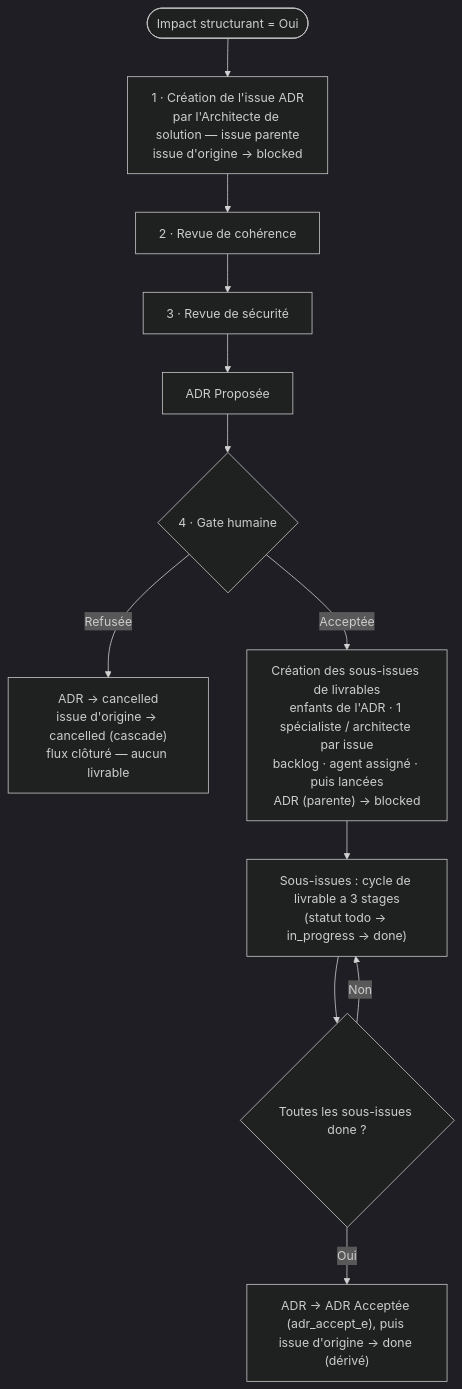
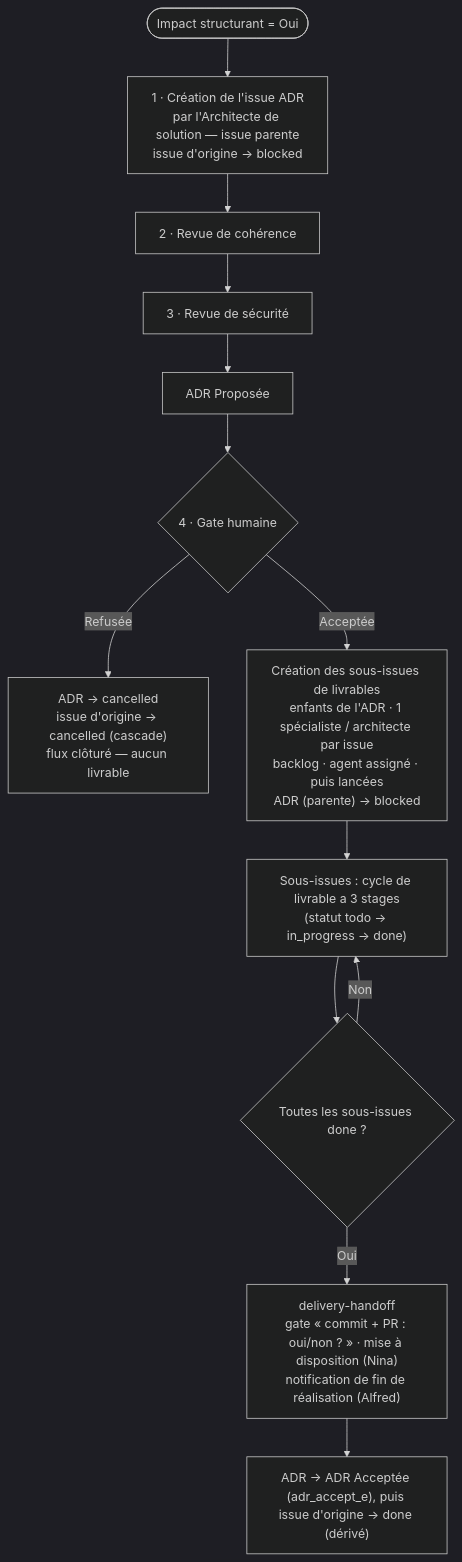
The diagram in core/common/stages/inception/deliverables-breakdown.md (Gsyltc/homelab-portfolio), drawn with Mermaid (dark theme) before and after one commit. The commit also changed other lines of this file and 3 other files, not shown here.

First line of the commit message:
core(adr): relier le flux ADR au stage delivery-handoff (ORIG-190) (#257)

````diff
--- a/core/common/stages/inception/deliverables-breakdown.md
+++ b/core/common/stages/inception/deliverables-breakdown.md
@@ -49,14 +49,15 @@
 ```mermaid
 flowchart TD
     Start([Impact structurant = Oui]) --> A1
     A1["1 · Création de l'issue ADR<br/>par l'Architecte de solution — issue parente<br/>issue d'origine → blocked"] --> A2
     A2["2 · Revue de cohérence"] --> A3
     A3["3 · Revue de sécurité"] --> Prop["ADR Proposée"]
     Prop --> Gate{"4 · Gate humaine"}
     Gate -->|Refusée| KO["ADR → cancelled<br/>issue d'origine → cancelled (cascade)<br/>flux clôturé — aucun livrable"]
     Gate -->|Acceptée| Issues["Création des sous-issues de livrables<br/>enfants de l'ADR · 1 spécialiste / architecte par issue<br/>backlog · agent assigné · puis lancées<br/>ADR (parente) → blocked"]
     Issues --> Run["Sous-issues : cycle de livrable a 3 stages<br/>(statut todo → in_progress → done)"]
     Run --> Check{"Toutes les sous-issues done ?"}
     Check -->|Non| Run
-    Check -->|Oui| Done["ADR → ADR Acceptée (adr_accept_e), puis issue d'origine → done (dérivé)"]
+    Check -->|Oui| DH["delivery-handoff<br/>gate « commit + PR : oui/non ? » · mise à disposition (Nina)<br/>notification de fin de réalisation (Alfred)"]
+    DH --> Done["ADR → ADR Acceptée (adr_accept_e), puis issue d'origine → done (dérivé)"]
 ```
````
